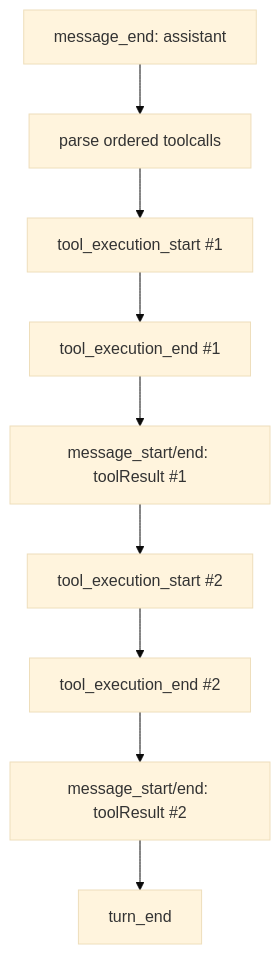
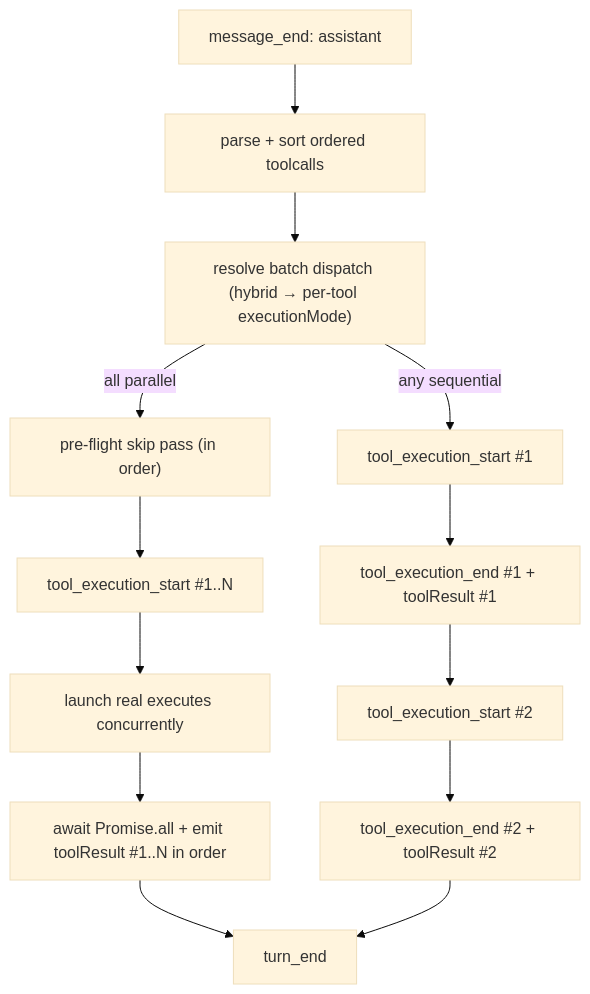
One commit to edonyzpc/personal-assistant changed the eighth of 8 diagrams in docs/pa-agent-runtime-lifecycle-plan.md. Above: the diagram before and after it, drawn with Mermaid (base theme). The commit also changed other lines of this file and 2 other files, not shown here.

Commit message:
docs(pa-agent): update canonical runtime architecture notes

````diff
--- a/docs/pa-agent-runtime-lifecycle-plan.md
+++ b/docs/pa-agent-runtime-lifecycle-plan.md
@@ -703,11 +703,15 @@
 ```mermaid
 flowchart TD
-  A["message_end: assistant"] --> B["parse ordered toolcalls"]
-  B --> C["tool_execution_start #1"]
-  C --> D["tool_execution_end #1"]
-  D --> E["message_start/end: toolResult #1"]
-  E --> F["tool_execution_start #2"]
-  F --> G["tool_execution_end #2"]
-  G --> H["message_start/end: toolResult #2"]
-  H --> I["turn_end"]
+  A["message_end: assistant"] --> B["parse + sort ordered toolcalls"]
+  B --> C["resolve batch dispatch (hybrid → per-tool executionMode)"]
+  C -->|"all parallel"| P1["pre-flight skip pass (in order)"]
+  P1 --> P2["tool_execution_start #1..N"]
+  P2 --> P3["launch real executes concurrently"]
+  P3 --> P4["await Promise.all + emit toolResult #1..N in order"]
+  C -->|"any sequential"| S1["tool_execution_start #1"]
+  S1 --> S2["tool_execution_end #1 + toolResult #1"]
+  S2 --> S3["tool_execution_start #2"]
+  S3 --> S4["tool_execution_end #2 + toolResult #2"]
+  P4 --> Z["turn_end"]
+  S4 --> Z
 ```
````
